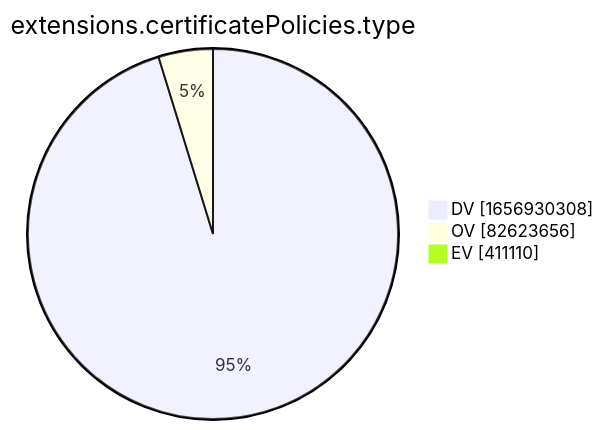
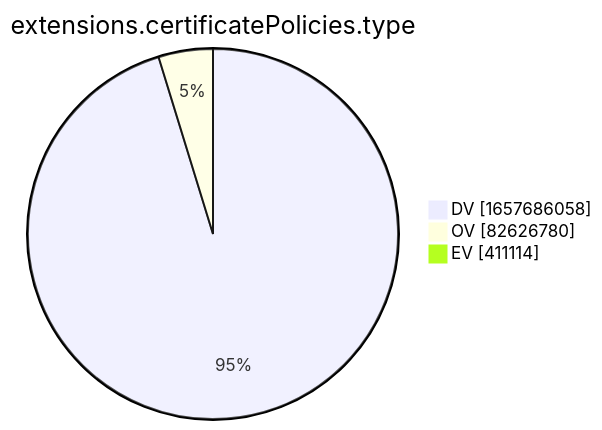
The tenth of 15 diagrams in xenon2022/README.md (christiankrug/ctmonitor_visualization), drawn with Mermaid before and after one commit. The commit also changed other lines of this file, not shown here.

````diff
--- a/xenon2022/README.md
+++ b/xenon2022/README.md
@@ -2880,7 +2880,7 @@
 ```mermaid
 pie showData
 title extensions.certificatePolicies.type
-"DV" :1656930308
-"OV" :82623656
-"EV" :411110
+"DV" :1657686058
+"OV" :82626780
+"EV" :411114
 ```
````
